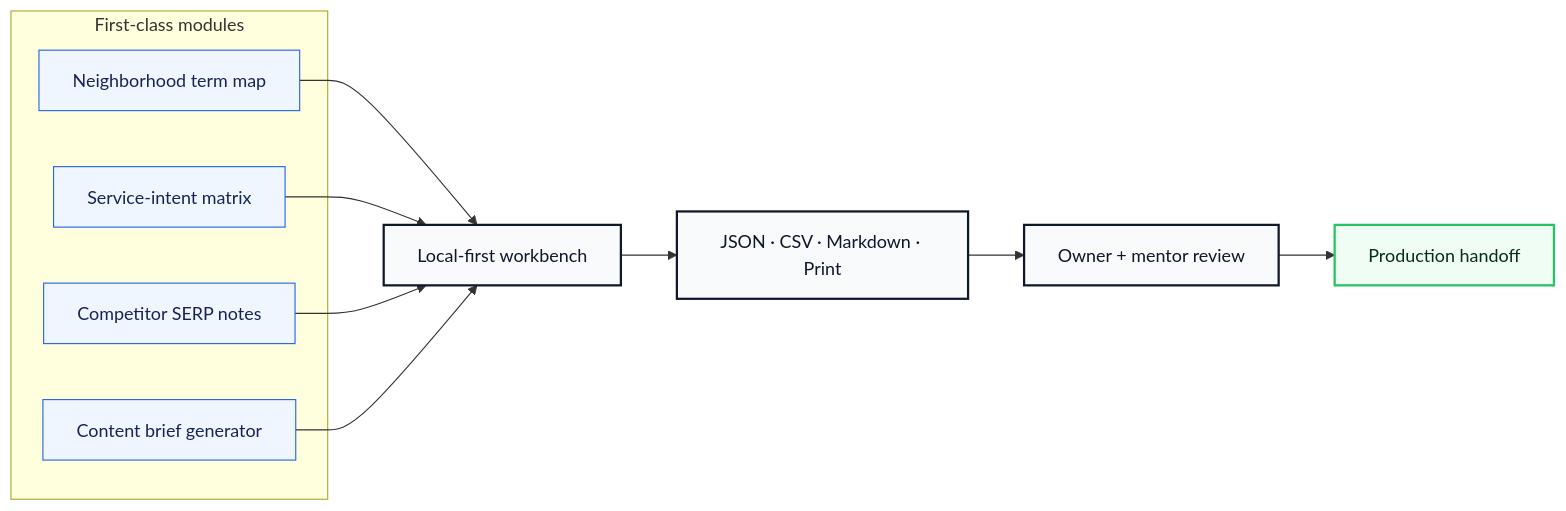
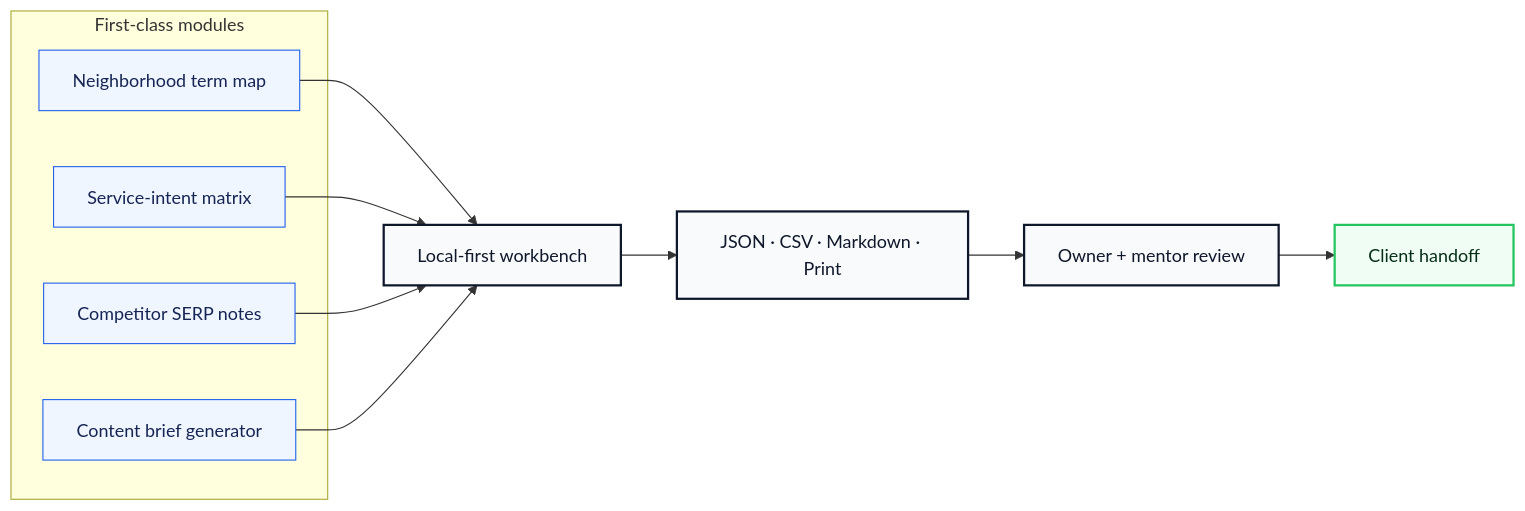
One commit to volta-npo/hyperlocal-keyword-atlas changed the second of 3 diagrams in README.md. Above: the diagram before and after it, drawn with Mermaid. The commit also changed other lines of this file and 28 other files, not shown here.

````diff
--- a/README.md
+++ b/README.md
@@ -64,23 +64,23 @@
 ```mermaid
 flowchart LR
     subgraph Modules["First-class modules"]
         M1["Neighborhood term map"]
         M2["Service-intent matrix"]
         M3["Competitor SERP notes"]
         M4["Content brief generator"]
     end
     M1 --> Workbench
     M2 --> Workbench
     M3 --> Workbench
     M4 --> Workbench
     Workbench["Local-first workbench"] --> Exports["JSON · CSV · Markdown · Print"]
     Exports --> Review["Owner + mentor review"]
-    Review --> Launch["Production handoff"]
+    Review --> Launch["Client handoff"]
 
     classDef module fill:#eff6ff,stroke:#2563eb,color:#172554;
     classDef app fill:#f8fafc,stroke:#0f172a,color:#0f172a,stroke-width:2px;
     classDef launch fill:#f0fdf4,stroke:#22c55e,color:#052e16,stroke-width:2px;
     class M1,M2,M3,M4 module;
     class Workbench,Exports,Review app;
     class Launch launch;
 ```
````
